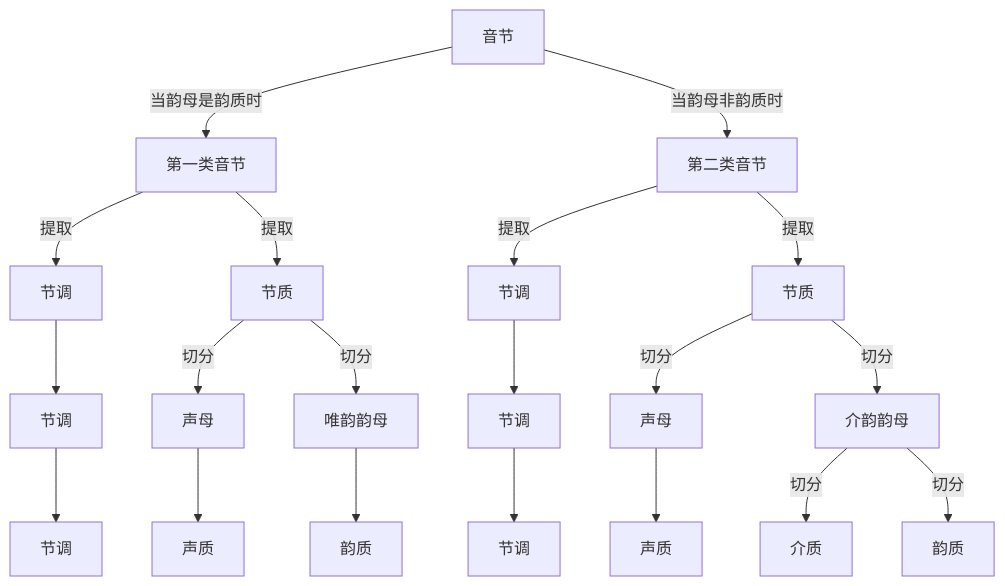
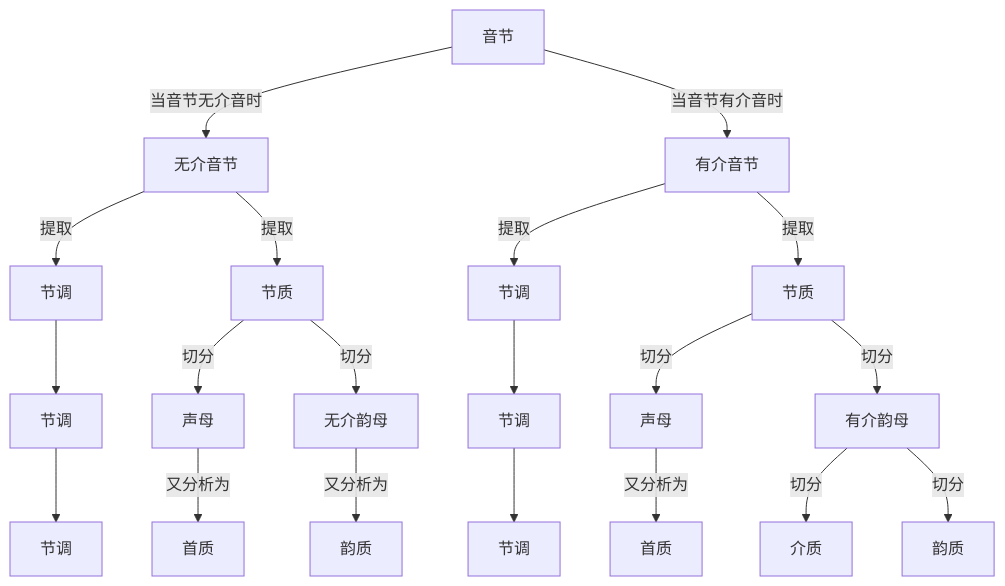
One commit to tsaanghwang/Yime-prototype changed the diagram in YIME_Theory/flowchart/一调三质分析二式.mmd. Above: the diagram before and after it, drawn with Mermaid. The commit also changed 28 other files, not shown here.

```diff
--- a/YIME_Theory/flowchart/一调三质分析二式.mmd
+++ b/YIME_Theory/flowchart/一调三质分析二式.mmd
@@ -1,27 +1,27 @@
 
 graph TB
-    A[音节] --> |当韵母是韵质时|B[第一类音节]
-    A --> |当韵母非韵质时|C[第二类音节]
+    A[音节] --> |当音节无介音时|B[无介音节]
+    A --> |当音节有介音时|C[有介音节]
 
     B --> |提取|D[节调]
     B --> |提取|E[节质]
 
     C --> |提取|F[节调]
     C --> |提取|G[节质]
 
     D --> H[节调]
     E --> |切分|I[声母]
-    E --> |切分|J[唯韵韵母]
+    E --> |切分|J[无介韵母]
 
     F --> K[节调]
     G --> |切分|L[声母]
-    G --> |切分|M[介韵韵母]
+    G --> |切分|M[有介韵母]
 
     H --> N[节调]
-    I --> O[声质]
-    J --> P[韵质]
+    I --> |又分析为|O[首质]
+    J --> |又分析为|P[韵质]
 
     K --> Q[节调]
-    L --> R[声质]
+    L --> |又分析为|R[首质]
     M --> |切分|S[介质]
     M --> |切分|T[韵质]
```
